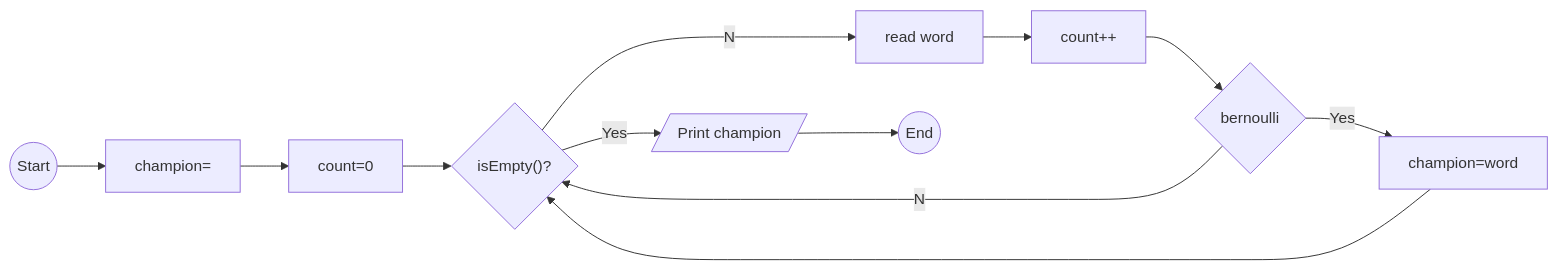
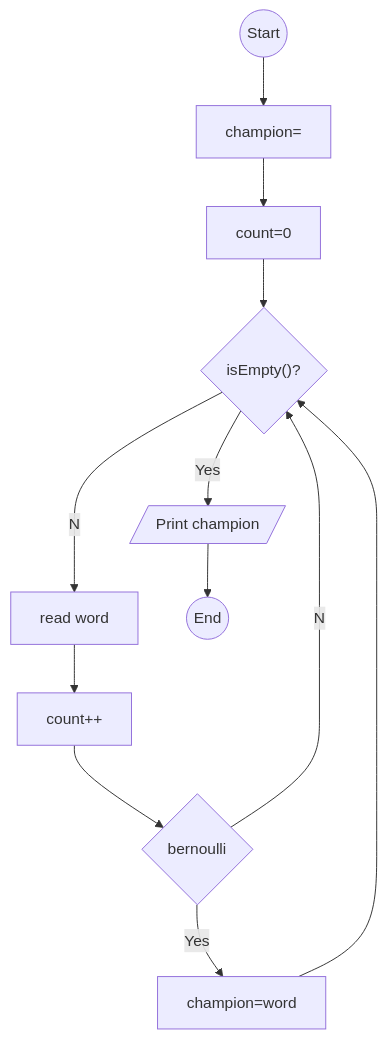
One commit to AmpongJkevin2/Flowchart- changed the diagram in problemSet1/RandomWord.mmd. Above: the diagram before and after it, drawn with Mermaid. The commit also changed 6 other files, not shown here.

```diff
--- a/problemSet1/RandomWord.mmd
+++ b/problemSet1/RandomWord.mmd
@@ -1,1 +1,1 @@
-graph LR; A((Start))-->B["champion="]; B-->C["count=0"]; C-->D{"isEmpty()?"}; D--No-->E["read word"]; E-->F["count++"]; F-->G{"bernoulli"}; G--Yes-->H["champion=word"]; H-->D; G--No-->D; D--Yes-->I[/Print champion/]-->J((End));
+graph TD; A((Start))-->B["champion="]; B-->C["count=0"]; C-->D{"isEmpty()?"}; D--No-->E["read word"]; E-->F["count++"]; F-->G{"bernoulli"}; G--Yes-->H["champion=word"]; H-->D; G--No-->D; D--Yes-->I[/Print champion/]-->J((End));
```
